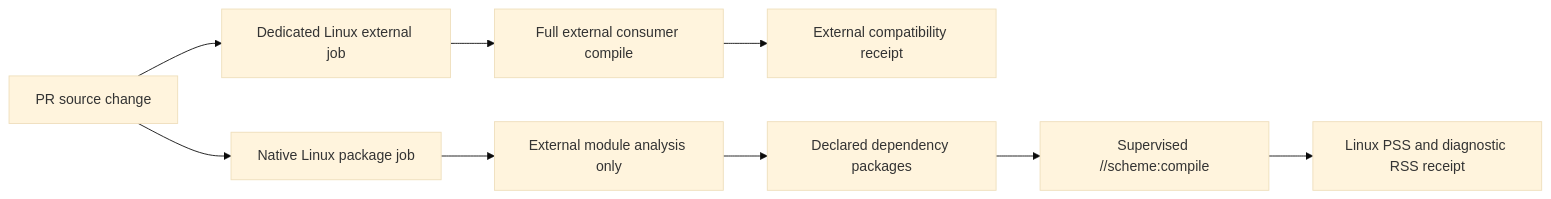
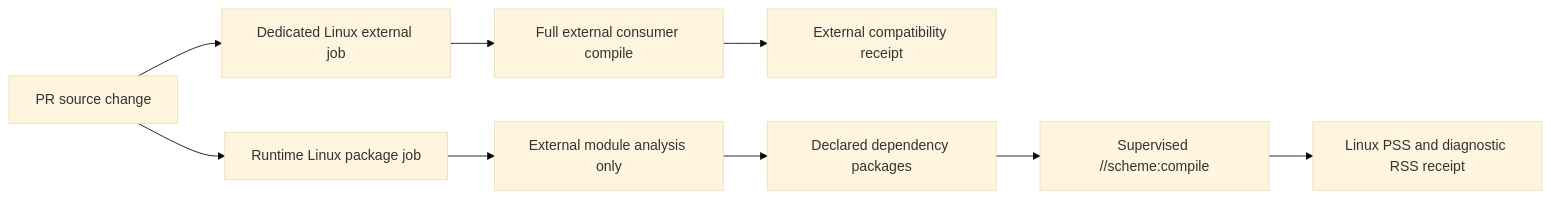
One commit to tao3k/gebril-yuanxu changed diagram 15 of 20 in module-system/design/156-gerbil-bazel-pr29-downstream-performance-receipt.org. Above: the diagram before and after it, drawn with Mermaid (base theme). The commit also changed other lines of this file and 1469 other files, not shown here.

First line of the commit message:
refactor: consolidate module runtime and build interfaces

```diff
--- a/module-system/design/156-gerbil-bazel-pr29-downstream-performance-receipt.org
+++ b/module-system/design/156-gerbil-bazel-pr29-downstream-performance-receipt.org
@@ -1174,11 +1174,11 @@
 #+begin_src mermaid
 flowchart LR
   Change["PR source change"] --> External["Dedicated Linux external job"]
-  Change --> Native["Native Linux package job"]
+  Change --> Runtime["Runtime Linux package job"]
   External --> Full["Full external consumer compile"]
   Full --> ConsumerReceipt["External compatibility receipt"]
-  Native --> Analysis["External module analysis only"]
+  Runtime --> Analysis["External module analysis only"]
   Analysis --> Dependencies["Declared dependency packages"]
   Dependencies --> Supervised["Supervised //scheme:compile"]
   Supervised --> MemoryReceipt["Linux PSS and diagnostic RSS receipt"]
 #+end_src
```
